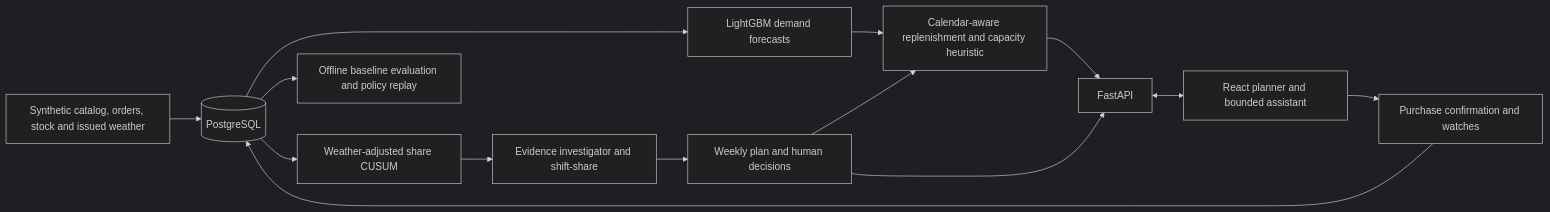
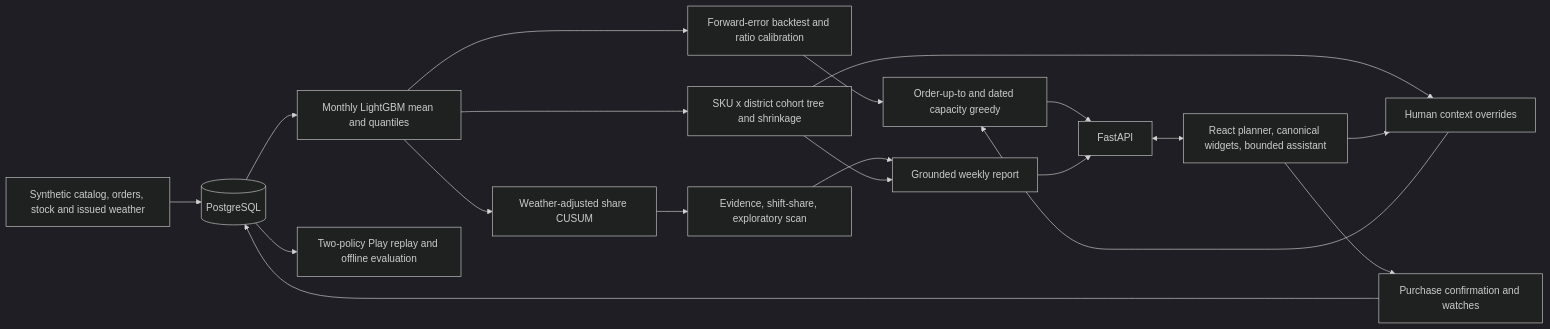
One commit to Hcrab/scoop-clc2026 changed the diagram in docs/TECHNICAL_DESIGN.md. Above: the diagram before and after it, drawn with Mermaid (dark theme). The commit also changed other lines of this file and 16 other files, not shown here.

````diff
--- a/docs/TECHNICAL_DESIGN.md
+++ b/docs/TECHNICAL_DESIGN.md
@@ -25,16 +25,21 @@
 ```mermaid
 flowchart LR
     S[Synthetic catalog, orders, stock and issued weather] --> D[(PostgreSQL)]
-    D --> F[LightGBM demand forecasts]
-    D --> C[Weather-adjusted share CUSUM]
-    C --> I[Evidence investigator and shift-share]
-    F --> R[Calendar-aware replenishment and capacity heuristic]
-    I --> P[Weekly plan and human decisions]
-    P --> R
+    D --> F[Monthly LightGBM mean and quantiles]
+    F --> B[Forward-error backtest and ratio calibration]
+    F --> C[Weather-adjusted share CUSUM]
+    C --> I[Evidence, shift-share, exploratory scan]
+    F --> T[SKU x district cohort tree and shrinkage]
+    T --> O[Human context overrides]
+    B --> R[Order-up-to and dated capacity greedy]
+    O --> R
+    I --> P[Grounded weekly report]
+    T --> P
+    U --> O
     R --> A[FastAPI]
     P --> A
-    A <--> U[React planner and bounded assistant]
+    A <--> U[React planner, canonical widgets, bounded assistant]
     U --> W[Purchase confirmation and watches]
     W --> D
-    D --> E[Offline baseline evaluation and policy replay]
+    D --> E[Two-policy Play replay and offline evaluation]
 ```
````
